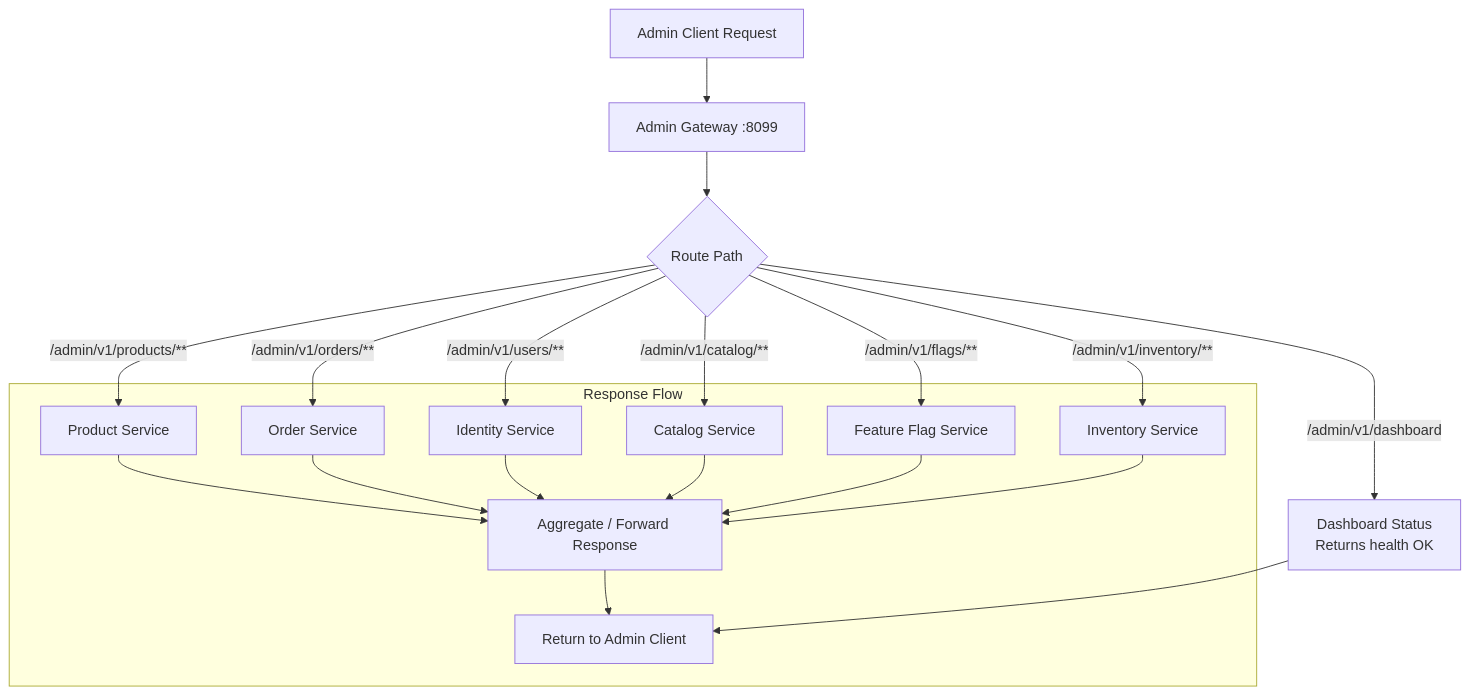
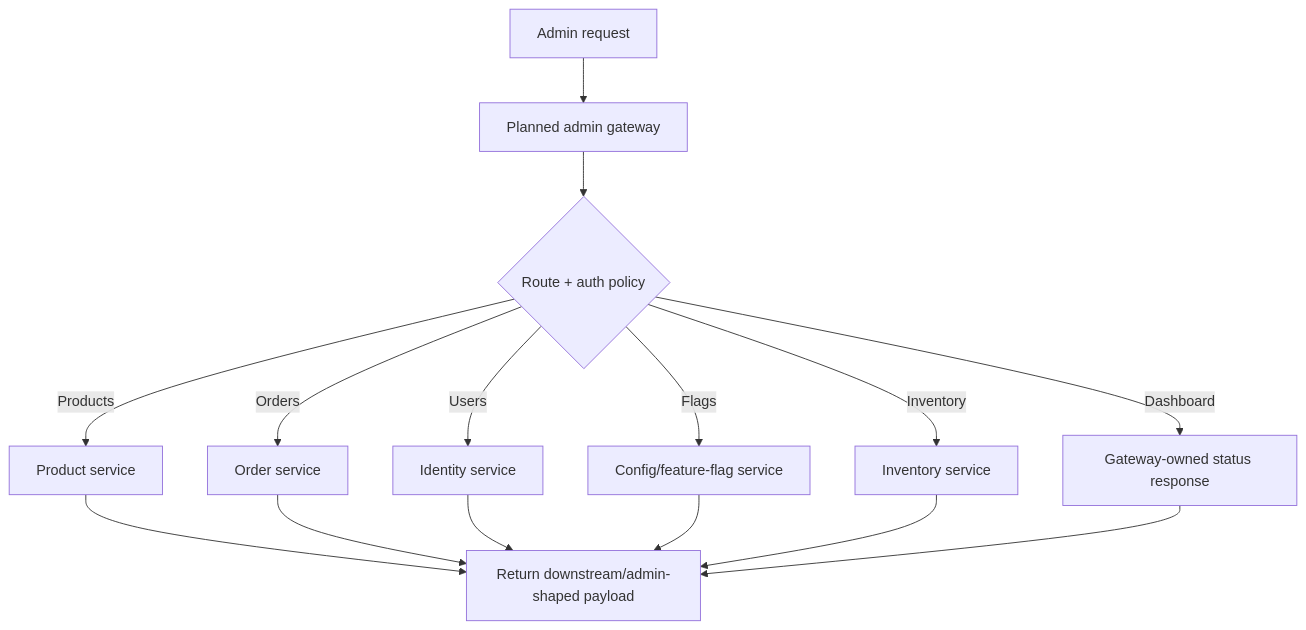
Before and after one commit to sunitakeazycommerz-a11y/InstaCommerce: the fifth of 5 diagrams in services/admin-gateway-service/README.md, drawn with Mermaid. The commit also changed other lines of this file and 1 other file, not shown here.

First line of the commit message:
docs(edge): document scaffold gateway states

````diff
--- a/services/admin-gateway-service/README.md
+++ b/services/admin-gateway-service/README.md
@@ -71,20 +102,17 @@
 ```mermaid
 flowchart TD
-    A[Admin Client Request] --> B[Admin Gateway :8099]
-    B --> C{Route Path}
-
-    C -->|/admin/v1/dashboard| D[Dashboard Status<br>Returns health OK]
-    C -->|/admin/v1/products/**| E[Product Service]
-    C -->|/admin/v1/orders/**| F[Order Service]
-    C -->|/admin/v1/users/**| G[Identity Service]
-    C -->|/admin/v1/catalog/**| H[Catalog Service]
-    C -->|/admin/v1/flags/**| I[Feature Flag Service]
-    C -->|/admin/v1/inventory/**| J[Inventory Service]
-
-    subgraph Response Flow
-        E & F & G & H & I & J --> K[Aggregate / Forward Response]
-        K --> L[Return to Admin Client]
-    end
-
-    D --> L
+    A[Admin request] --> B[Planned admin gateway]
+    B --> C{Route + auth policy}
+    C -->|Dashboard| D[Gateway-owned status response]
+    C -->|Products| E[Product service]
+    C -->|Orders| F[Order service]
+    C -->|Users| G[Identity service]
+    C -->|Flags| H[Config/feature-flag service]
+    C -->|Inventory| I[Inventory service]
+    E --> J[Return downstream/admin-shaped payload]
+    F --> J
+    G --> J
+    H --> J
+    I --> J
+    D --> J
 ```
````
